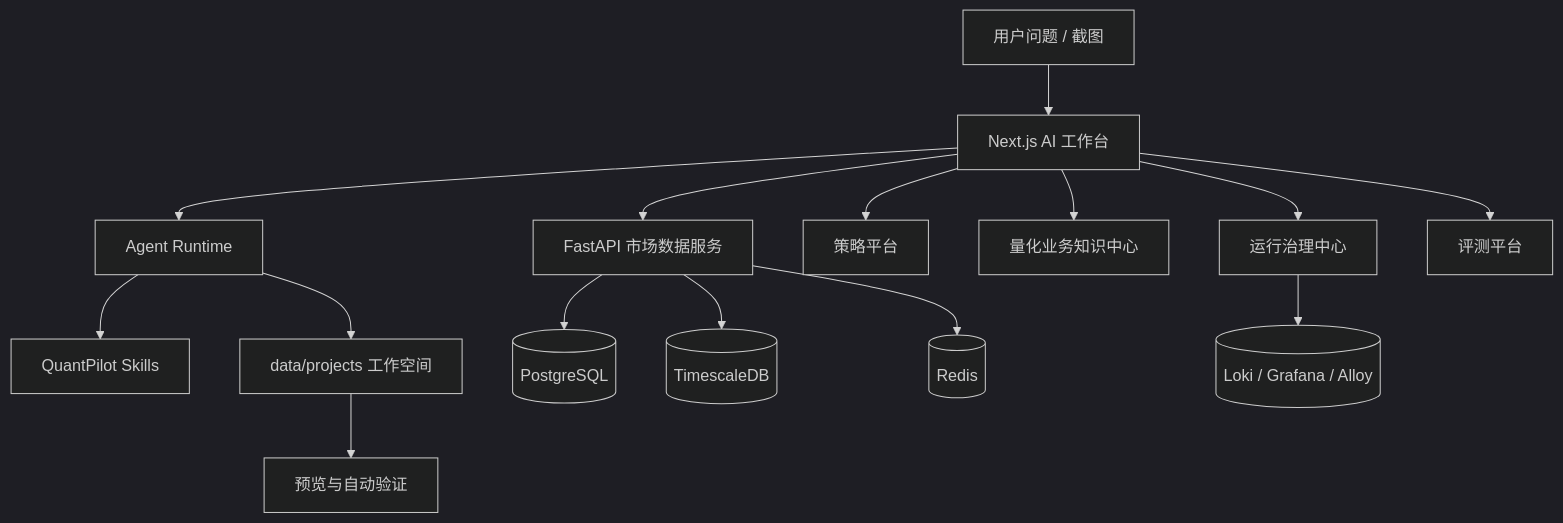
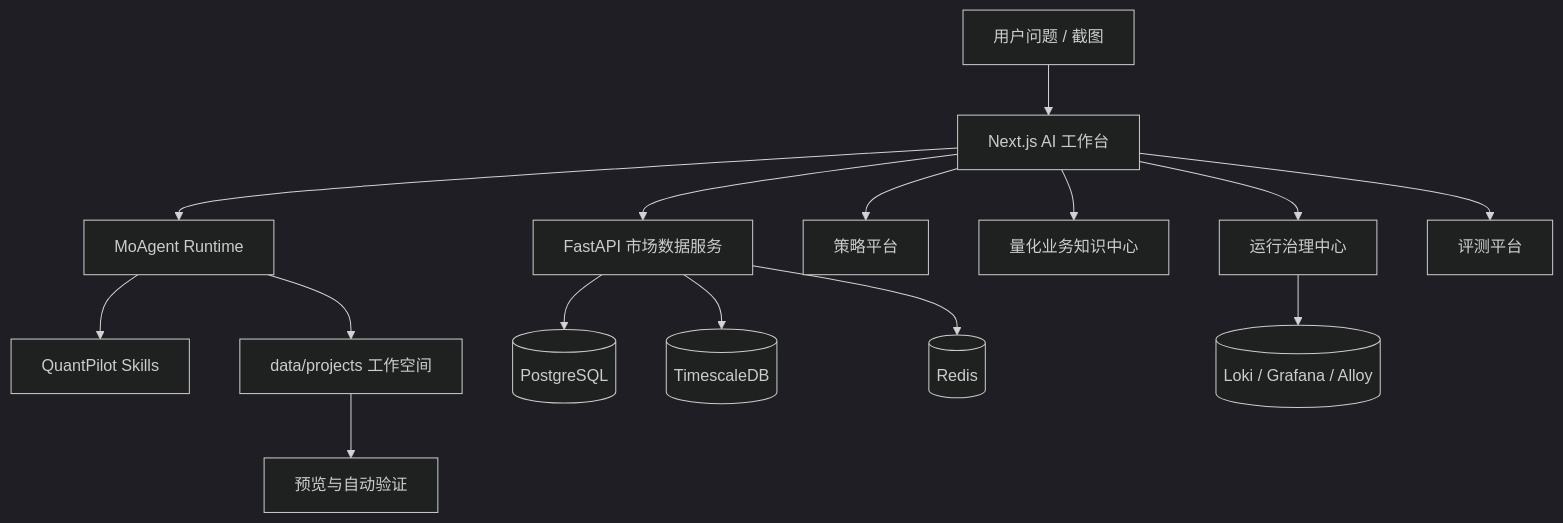
Before and after one commit to xbzz1018/SignalForge: the diagram in docs/README.md, drawn with Mermaid (dark theme). The commit also changed other lines of this file and 26 other files, not shown here.

````diff
--- a/docs/README.md
+++ b/docs/README.md
@@ -60,17 +62,17 @@
 ```mermaid
 flowchart TB
   U[用户问题 / 截图] --> W[Next.js AI 工作台]
-  W --> R[Agent Runtime]
+  W --> R[MoAgent Runtime]
   R --> SK[QuantPilot Skills]
   W --> MD[FastAPI 市场数据服务]
   MD --> PG[(PostgreSQL)]
   MD --> TS[(TimescaleDB)]
   MD --> RD[(Redis)]
   OP --> LK[(Loki / Grafana / Alloy)]
   R --> WS[data/projects 工作空间]
   WS --> V[预览与自动验证]
   W --> SP[策略平台]
   W --> DP[量化业务知识中心]
   W --> OP[运行治理中心]
   W --> EP[评测平台]
 ```
````
